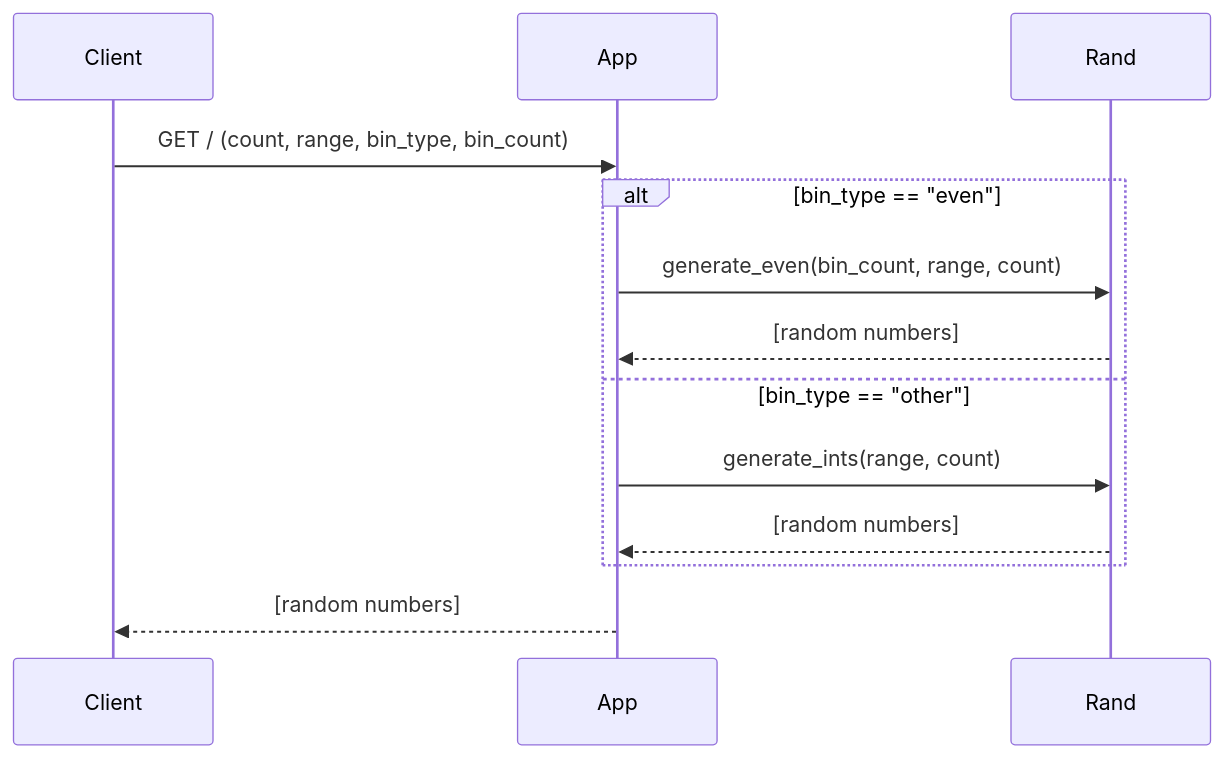
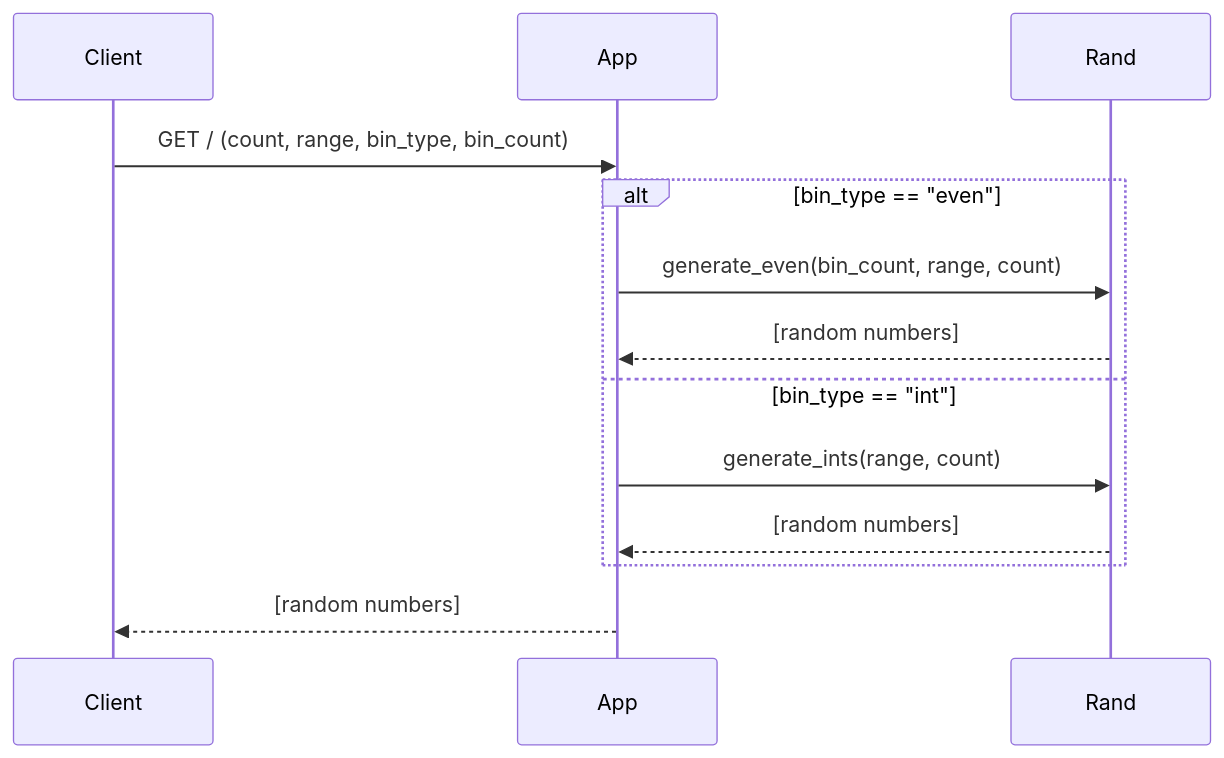
Before and after one commit to kwmorris/osu_cs361-microservice-RNG: the diagram in README.md, drawn with Mermaid.

Commit message:
fixed mistake in README

````diff
--- a/README.md
+++ b/README.md
@@ -34,13 +34,13 @@
 ```mermaid
 sequenceDiagram
     Client->>App: GET / (count, range, bin_type, bin_count)
     alt bin_type == "even"
         App->>Rand: generate_even(bin_count, range, count)
         Rand-->>App: [random numbers]
-    else bin_type == "other"
+    else bin_type == "int"
         App->>Rand: generate_ints(range, count)
         Rand-->>App: [random numbers]
     end
     App-->>Client: [random numbers]
 
 ```
````
